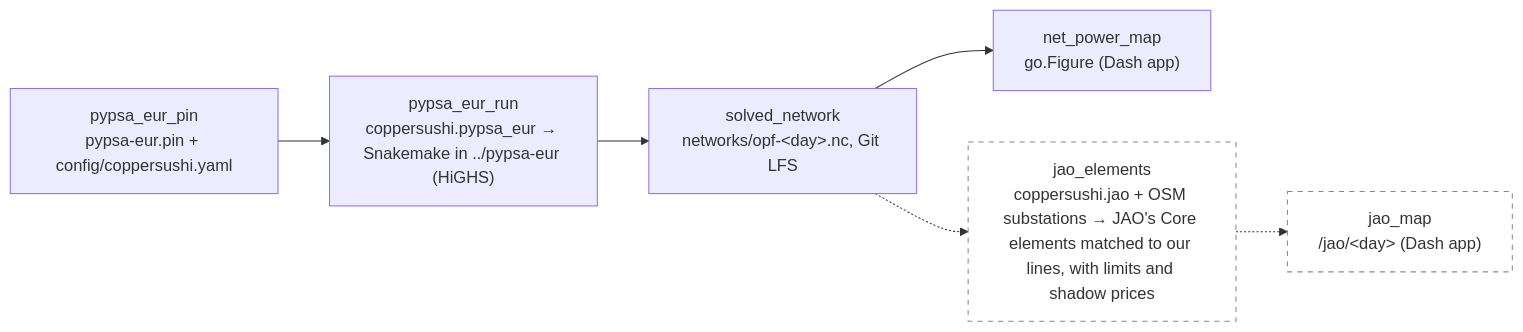
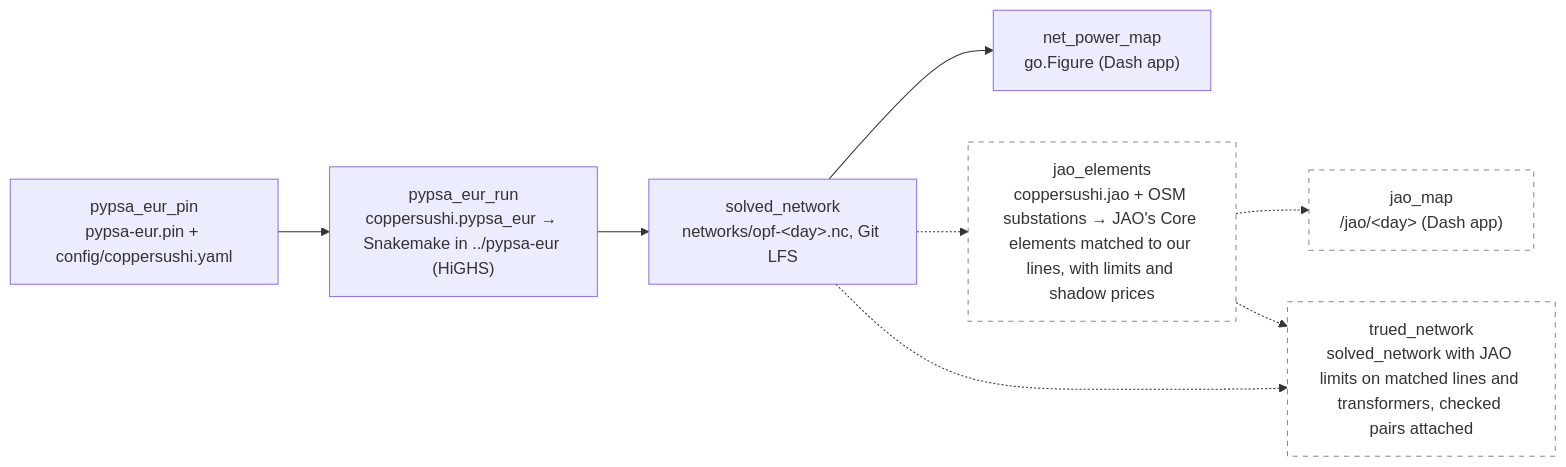
Before and after one commit to zoltanmaric/coppersushi: the diagram in wiki/sushi-2.md, drawn with Mermaid. The commit also changed 1 other file, not shown here.

Commit message:
JAO spec: partial-circuit outages, the margin as a solve parameter, N-1 as the target throughout; trued network on the graph
Claude-Session: https://claude.ai/code/session_01CdzMqzZiVQFcL7bXP6a2rH

````diff
--- a/wiki/sushi-2.md
+++ b/wiki/sushi-2.md
@@ -16,19 +16,22 @@
 ```mermaid
 flowchart LR
     classDef planned stroke-dasharray: 5 5,stroke:#888,fill:none
 
     net_power_map["net_power_map<br/>go.Figure (Dash app)"]
 
     pypsa_eur_pin["pypsa_eur_pin<br/>pypsa-eur.pin + config/coppersushi.yaml"]
     pypsa_eur_run["pypsa_eur_run<br/>coppersushi.pypsa_eur → Snakemake in ../pypsa-eur (HiGHS)"]
     solved_network["solved_network<br/>networks/opf-&lt;day&gt;.nc, Git LFS"]
 
     jao_elements["jao_elements<br/>coppersushi.jao + OSM substations → JAO's Core elements matched to our lines, with limits and shadow prices"]:::planned
     jao_map["jao_map<br/>/jao/&lt;day&gt; (Dash app)"]:::planned
+    trued_network["trued_network<br/>solved_network with JAO limits on matched lines and transformers, checked pairs attached"]:::planned
 
     pypsa_eur_pin --> pypsa_eur_run
     pypsa_eur_run --> solved_network
     solved_network --> net_power_map
     solved_network -.-> jao_elements
     jao_elements -.-> jao_map
+    jao_elements -.-> trued_network
+    solved_network -.-> trued_network
 ```
````
